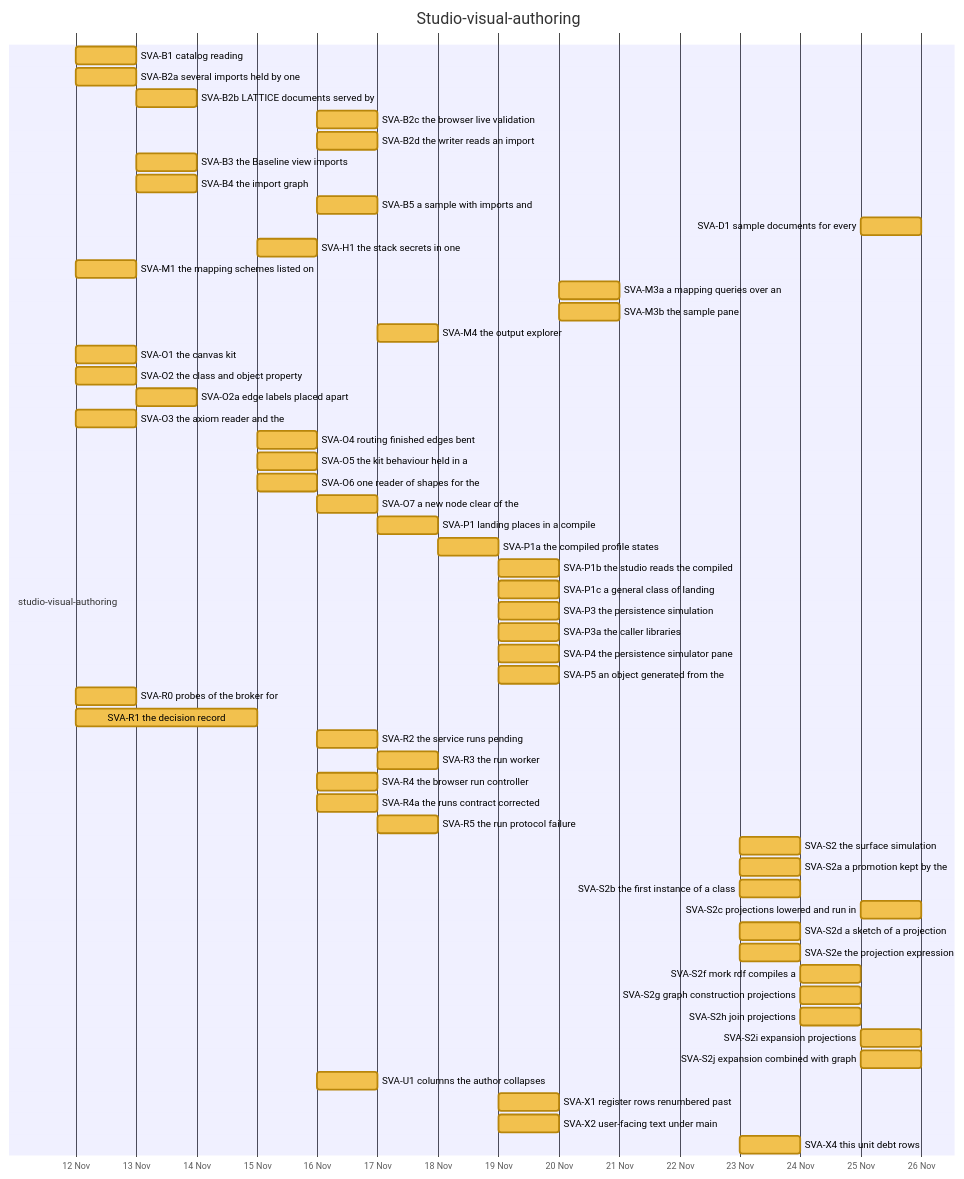
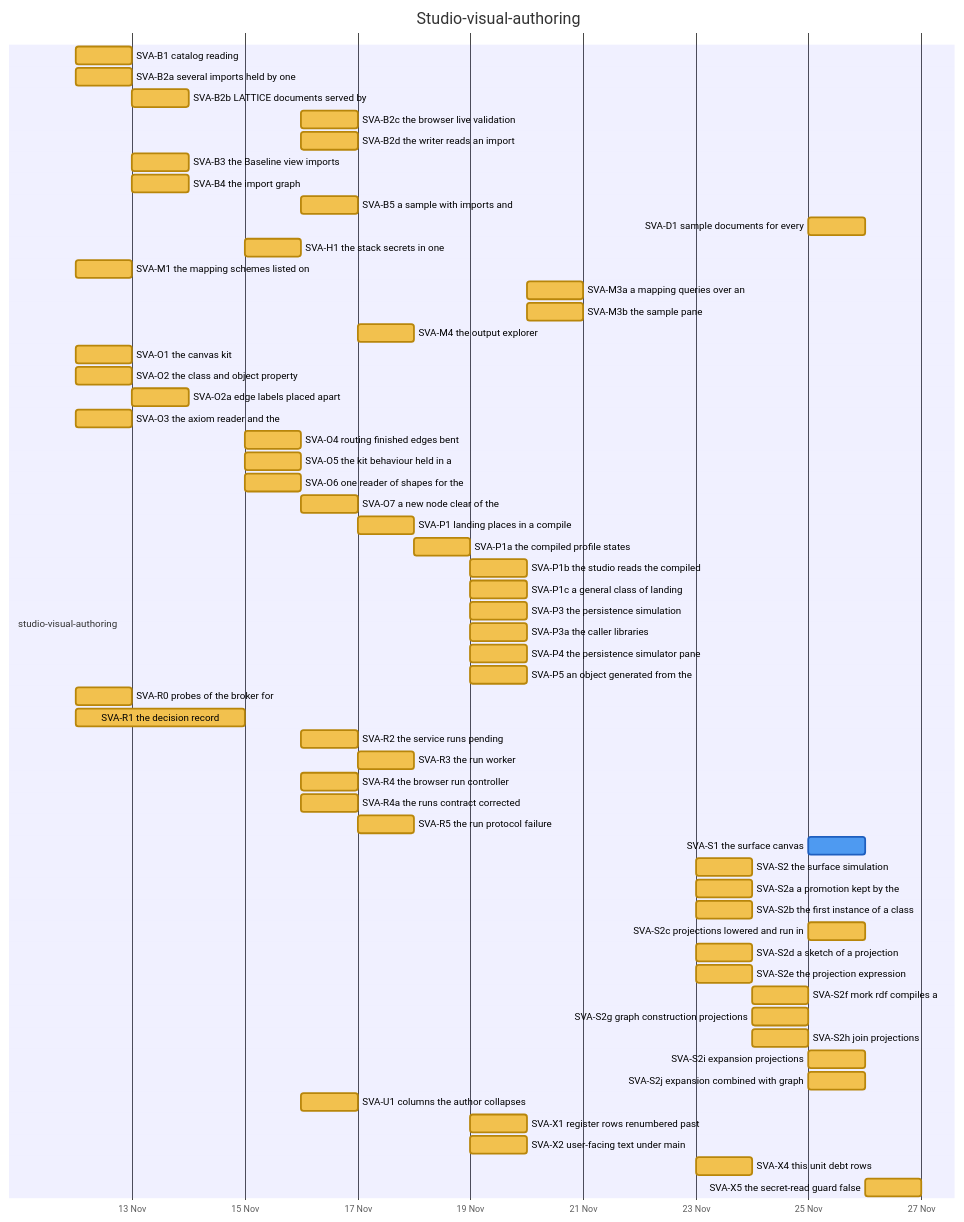
Before and after one commit to nebularis/lattice: diagram 16 of 32 in docs/developer/ROADMAP.md, drawn with Mermaid. The commit also changed other lines of this file and 7 other files, not shown here.

First line of the commit message:
[studio-visual-authoring] SVA-X5, the secret-read guard refuses no harmless call and never blocks a session

````diff
--- a/docs/developer/ROADMAP.md
+++ b/docs/developer/ROADMAP.md
@@ -485,60 +485,62 @@
 ```mermaid
 %%{init: {"themeVariables": {"taskBkgColor": "#f2c14e", "taskBorderColor": "#b8860b", "taskTextColor": "#000000", "activeTaskBkgColor": "#4e9af1", "activeTaskBorderColor": "#1f5fbf", "activeTaskBorderColor": "#1f5fbf", "doneTaskBkgColor": "#8fcf8f", "doneTaskBorderColor": "#2f7d32", "critBkgColor": "#f28b82", "critBorderColor": "#b23a30", "taskTextDarkColor": "#000000", "taskTextLightColor": "#000000"}}}%%
 gantt
     title Studio-visual-authoring
     dateFormat YYYY-MM-DD
     axisFormat %d %b
     section studio-visual-authoring
     SVA-B1 catalog reading :svab1, 2026-11-12, 2026-11-13
     SVA-B2a several imports held by one :svab2a, 2026-11-12, 2026-11-13
     SVA-B2b LATTICE documents served by :svab2b, 2026-11-13, 2026-11-14
     SVA-B2c the browser live validation :svab2c, 2026-11-16, 2026-11-17
     SVA-B2d the writer reads an import :svab2d, 2026-11-16, 2026-11-17
     SVA-B3 the Baseline view imports :svab3, 2026-11-13, 2026-11-14
     SVA-B4 the import graph :svab4, 2026-11-13, 2026-11-14
     SVA-B5 a sample with imports and :svab5, 2026-11-16, 2026-11-17
     SVA-D1 sample documents for every :svad1, 2026-11-25, 2026-11-26
     SVA-H1 the stack secrets in one :svah1, 2026-11-15, 2026-11-16
     SVA-M1 the mapping schemes listed on :svam1, 2026-11-12, 2026-11-13
     SVA-M3a a mapping queries over an :svam3a, 2026-11-20, 2026-11-21
     SVA-M3b the sample pane :svam3b, 2026-11-20, 2026-11-21
     SVA-M4 the output explorer :svam4, 2026-11-17, 2026-11-18
     SVA-O1 the canvas kit :svao1, 2026-11-12, 2026-11-13
     SVA-O2 the class and object property :svao2, 2026-11-12, 2026-11-13
     SVA-O2a edge labels placed apart :svao2a, 2026-11-13, 2026-11-14
     SVA-O3 the axiom reader and the :svao3, 2026-11-12, 2026-11-13
     SVA-O4 routing finished edges bent :svao4, 2026-11-15, 2026-11-16
     SVA-O5 the kit behaviour held in a :svao5, 2026-11-15, 2026-11-16
     SVA-O6 one reader of shapes for the :svao6, 2026-11-15, 2026-11-16
     SVA-O7 a new node clear of the :svao7, 2026-11-16, 2026-11-17
     SVA-P1 landing places in a compile :svap1, 2026-11-17, 2026-11-18
     SVA-P1a the compiled profile states :svap1a, 2026-11-18, 2026-11-19
     SVA-P1b the studio reads the compiled :svap1b, 2026-11-19, 2026-11-20
     SVA-P1c a general class of landing :svap1c, 2026-11-19, 2026-11-20
     SVA-P3 the persistence simulation :svap3, 2026-11-19, 2026-11-20
     SVA-P3a the caller libraries :svap3a, 2026-11-19, 2026-11-20
     SVA-P4 the persistence simulator pane :svap4, 2026-11-19, 2026-11-20
     SVA-P5 an object generated from the :svap5, 2026-11-19, 2026-11-20
     SVA-R0 probes of the broker for :svar0, 2026-11-12, 2026-11-13
     SVA-R1 the decision record :svar1, 2026-11-12, 2026-11-15
     SVA-R2 the service runs pending :svar2, 2026-11-16, 2026-11-17
     SVA-R3 the run worker :svar3, 2026-11-17, 2026-11-18
     SVA-R4 the browser run controller :svar4, 2026-11-16, 2026-11-17
     SVA-R4a the runs contract corrected :svar4a, 2026-11-16, 2026-11-17
     SVA-R5 the run protocol failure :svar5, 2026-11-17, 2026-11-18
+    SVA-S1 the surface canvas :active, svas1, 2026-11-25, 2026-11-26
     SVA-S2 the surface simulation :svas2, 2026-11-23, 2026-11-24
     SVA-S2a a promotion kept by the :svas2a, 2026-11-23, 2026-11-24
     SVA-S2b the first instance of a class :svas2b, 2026-11-23, 2026-11-24
     SVA-S2c projections lowered and run in :svas2c, 2026-11-25, 2026-11-26
     SVA-S2d a sketch of a projection :svas2d, 2026-11-23, 2026-11-24
     SVA-S2e the projection expression :svas2e, 2026-11-23, 2026-11-24
     SVA-S2f mork rdf compiles a :svas2f, 2026-11-24, 2026-11-25
     SVA-S2g graph construction projections :svas2g, 2026-11-24, 2026-11-25
     SVA-S2h join projections :svas2h, 2026-11-24, 2026-11-25
     SVA-S2i expansion projections :svas2i, 2026-11-25, 2026-11-26
     SVA-S2j expansion combined with graph :svas2j, 2026-11-25, 2026-11-26
     SVA-U1 columns the author collapses :svau1, 2026-11-16, 2026-11-17
     SVA-X1 register rows renumbered past :svax1, 2026-11-19, 2026-11-20
     SVA-X2 user-facing text under main :svax2, 2026-11-19, 2026-11-20
     SVA-X4 this unit debt rows :svax4, 2026-11-23, 2026-11-24
+    SVA-X5 the secret-read guard false :svax5, 2026-11-26, 2026-11-27
 ```
````
